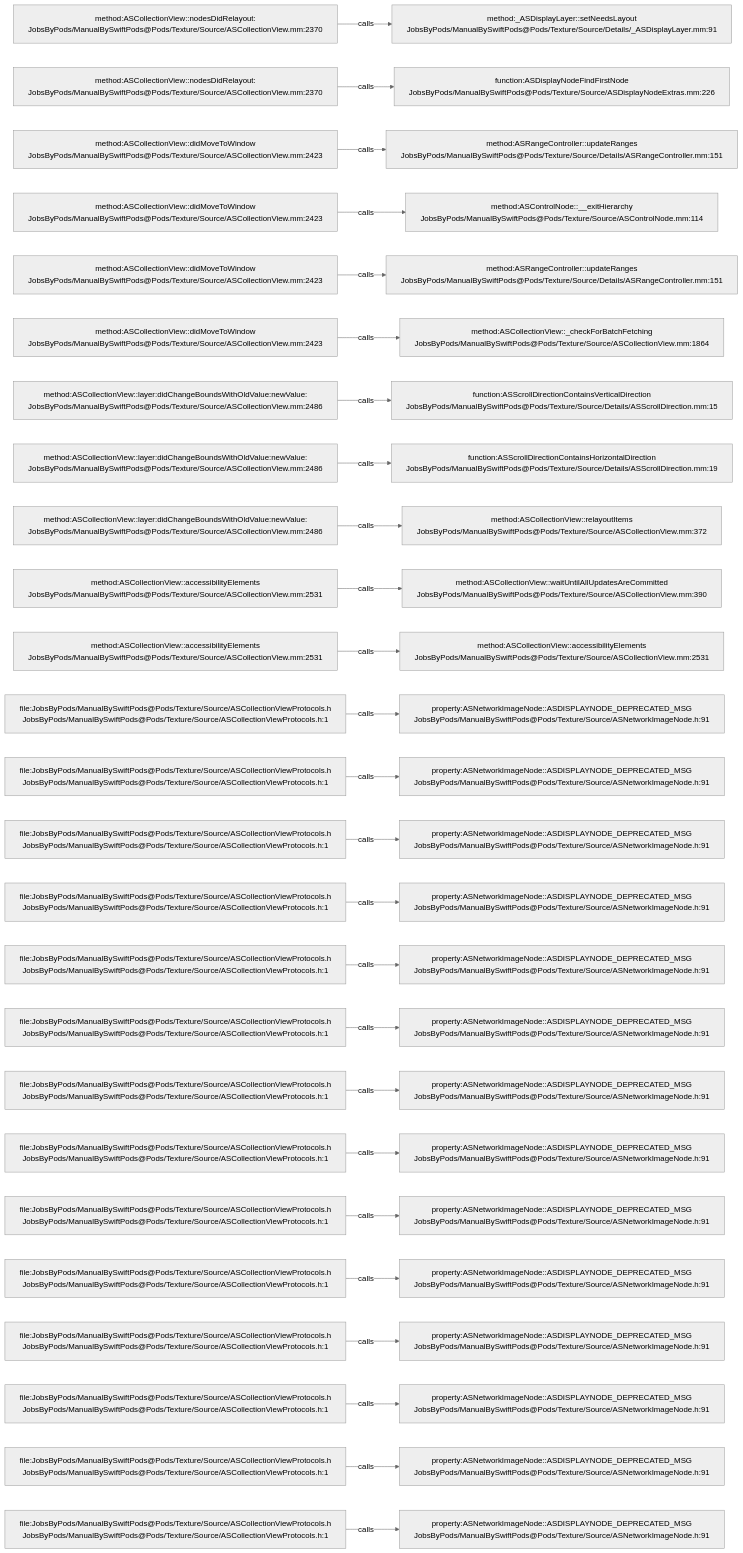
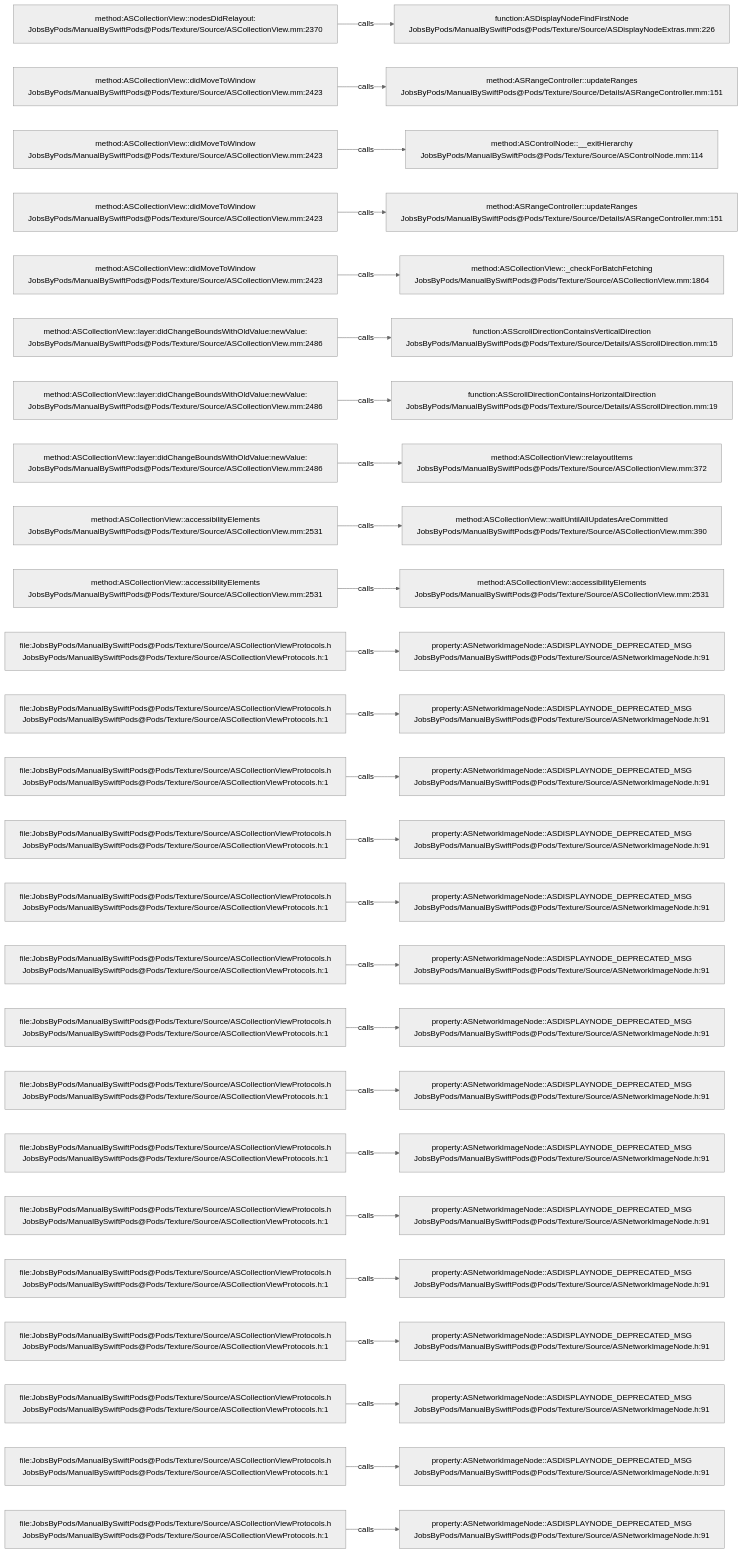
One commit to JobsKits/JobsSwiftBaseConfigDemo changed the diagram in .codegraph/codegraph.md/graphs/calls-015.md. Above: the diagram before and after it, drawn with Mermaid (neutral theme). The commit also changed 747 other files, not shown here.

````diff
--- a/.codegraph/codegraph.md/graphs/calls-015.md
+++ b/.codegraph/codegraph.md/graphs/calls-015.md
@@ -13,78 +13,78 @@
 ```mermaid
 flowchart LR
   S1["method:ASCollectionView::nodesDidRelayout:<br/>JobsByPods/ManualBySwiftPods@Pods/Texture/Source/ASCollectionView.mm:2370"]
-  T1["method:_ASDisplayLayer::setNeedsLayout<br/>JobsByPods/ManualBySwiftPods@Pods/Texture/Source/Details/_ASDisplayLayer.mm:91"]
+  T1["function:ASDisplayNodeFindFirstNode<br/>JobsByPods/ManualBySwiftPods@Pods/Texture/Source/ASDisplayNodeExtras.mm:226"]
   S1 -->|calls| T1
-  S2["method:ASCollectionView::nodesDidRelayout:<br/>JobsByPods/ManualBySwiftPods@Pods/Texture/Source/ASCollectionView.mm:2370"]
-  T2["function:ASDisplayNodeFindFirstNode<br/>JobsByPods/ManualBySwiftPods@Pods/Texture/Source/ASDisplayNodeExtras.mm:226"]
+  S2["method:ASCollectionView::didMoveToWindow<br/>JobsByPods/ManualBySwiftPods@Pods/Texture/Source/ASCollectionView.mm:2423"]
+  T2["method:ASRangeController::updateRanges<br/>JobsByPods/ManualBySwiftPods@Pods/Texture/Source/Details/ASRangeController.mm:151"]
   S2 -->|calls| T2
   S3["method:ASCollectionView::didMoveToWindow<br/>JobsByPods/ManualBySwiftPods@Pods/Texture/Source/ASCollectionView.mm:2423"]
-  T3["method:ASRangeController::updateRanges<br/>JobsByPods/ManualBySwiftPods@Pods/Texture/Source/Details/ASRangeController.mm:151"]
+  T3["method:ASControlNode::__exitHierarchy<br/>JobsByPods/ManualBySwiftPods@Pods/Texture/Source/ASControlNode.mm:114"]
   S3 -->|calls| T3
   S4["method:ASCollectionView::didMoveToWindow<br/>JobsByPods/ManualBySwiftPods@Pods/Texture/Source/ASCollectionView.mm:2423"]
-  T4["method:ASControlNode::__exitHierarchy<br/>JobsByPods/ManualBySwiftPods@Pods/Texture/Source/ASControlNode.mm:114"]
+  T4["method:ASRangeController::updateRanges<br/>JobsByPods/ManualBySwiftPods@Pods/Texture/Source/Details/ASRangeController.mm:151"]
   S4 -->|calls| T4
   S5["method:ASCollectionView::didMoveToWindow<br/>JobsByPods/ManualBySwiftPods@Pods/Texture/Source/ASCollectionView.mm:2423"]
-  T5["method:ASRangeController::updateRanges<br/>JobsByPods/ManualBySwiftPods@Pods/Texture/Source/Details/ASRangeController.mm:151"]
+  T5["method:ASCollectionView::_checkForBatchFetching<br/>JobsByPods/ManualBySwiftPods@Pods/Texture/Source/ASCollectionView.mm:1864"]
   S5 -->|calls| T5
-  S6["method:ASCollectionView::didMoveToWindow<br/>JobsByPods/ManualBySwiftPods@Pods/Texture/Source/ASCollectionView.mm:2423"]
-  T6["method:ASCollectionView::_checkForBatchFetching<br/>JobsByPods/ManualBySwiftPods@Pods/Texture/Source/ASCollectionView.mm:1864"]
+  S6["method:ASCollectionView::layer:didChangeBoundsWithOldValue:newValue:<br/>JobsByPods/ManualBySwiftPods@Pods/Texture/Source/ASCollectionView.mm:2486"]
+  T6["function:ASScrollDirectionContainsVerticalDirection<br/>JobsByPods/ManualBySwiftPods@Pods/Texture/Source/Details/ASScrollDirection.mm:15"]
   S6 -->|calls| T6
   S7["method:ASCollectionView::layer:didChangeBoundsWithOldValue:newValue:<br/>JobsByPods/ManualBySwiftPods@Pods/Texture/Source/ASCollectionView.mm:2486"]
-  T7["function:ASScrollDirectionContainsVerticalDirection<br/>JobsByPods/ManualBySwiftPods@Pods/Texture/Source/Details/ASScrollDirection.mm:15"]
+  T7["function:ASScrollDirectionContainsHorizontalDirection<br/>JobsByPods/ManualBySwiftPods@Pods/Texture/Source/Details/ASScrollDirection.mm:19"]
   S7 -->|calls| T7
   S8["method:ASCollectionView::layer:didChangeBoundsWithOldValue:newValue:<br/>JobsByPods/ManualBySwiftPods@Pods/Texture/Source/ASCollectionView.mm:2486"]
-  T8["function:ASScrollDirectionContainsHorizontalDirection<br/>JobsByPods/ManualBySwiftPods@Pods/Texture/Source/Details/ASScrollDirection.mm:19"]
+  T8["method:ASCollectionView::relayoutItems<br/>JobsByPods/ManualBySwiftPods@Pods/Texture/Source/ASCollectionView.mm:372"]
   S8 -->|calls| T8
-  S9["method:ASCollectionView::layer:didChangeBoundsWithOldValue:newValue:<br/>JobsByPods/ManualBySwiftPods@Pods/Texture/Source/ASCollectionView.mm:2486"]
-  T9["method:ASCollectionView::relayoutItems<br/>JobsByPods/ManualBySwiftPods@Pods/Texture/Source/ASCollectionView.mm:372"]
+  S9["method:ASCollectionView::accessibilityElements<br/>JobsByPods/ManualBySwiftPods@Pods/Texture/Source/ASCollectionView.mm:2531"]
+  T9["method:ASCollectionView::waitUntilAllUpdatesAreCommitted<br/>JobsByPods/ManualBySwiftPods@Pods/Texture/Source/ASCollectionView.mm:390"]
   S9 -->|calls| T9
   S10["method:ASCollectionView::accessibilityElements<br/>JobsByPods/ManualBySwiftPods@Pods/Texture/Source/ASCollectionView.mm:2531"]
-  T10["method:ASCollectionView::waitUntilAllUpdatesAreCommitted<br/>JobsByPods/ManualBySwiftPods@Pods/Texture/Source/ASCollectionView.mm:390"]
+  T10["method:ASCollectionView::accessibilityElements<br/>JobsByPods/ManualBySwiftPods@Pods/Texture/Source/ASCollectionView.mm:2531"]
   S10 -->|calls| T10
-  S11["method:ASCollectionView::accessibilityElements<br/>JobsByPods/ManualBySwiftPods@Pods/Texture/Source/ASCollectionView.mm:2531"]
-  T11["method:ASCollectionView::accessibilityElements<br/>JobsByPods/ManualBySwiftPods@Pods/Texture/Source/ASCollectionView.mm:2531"]
+  S11["file:JobsByPods/ManualBySwiftPods@Pods/Texture/Source/ASCollectionViewProtocols.h<br/>JobsByPods/ManualBySwiftPods@Pods/Texture/Source/ASCollectionViewProtocols.h:1"]
+  T11["property:ASNetworkImageNode::ASDISPLAYNODE_DEPRECATED_MSG<br/>JobsByPods/ManualBySwiftPods@Pods/Texture/Source/ASNetworkImageNode.h:91"]
   S11 -->|calls| T11
   S12["file:JobsByPods/ManualBySwiftPods@Pods/Texture/Source/ASCollectionViewProtocols.h<br/>JobsByPods/ManualBySwiftPods@Pods/Texture/Source/ASCollectionViewProtocols.h:1"]
   T12["property:ASNetworkImageNode::ASDISPLAYNODE_DEPRECATED_MSG<br/>JobsByPods/ManualBySwiftPods@Pods/Texture/Source/ASNetworkImageNode.h:91"]
   S12 -->|calls| T12
   S13["file:JobsByPods/ManualBySwiftPods@Pods/Texture/Source/ASCollectionViewProtocols.h<br/>JobsByPods/ManualBySwiftPods@Pods/Texture/Source/ASCollectionViewProtocols.h:1"]
   T13["property:ASNetworkImageNode::ASDISPLAYNODE_DEPRECATED_MSG<br/>JobsByPods/ManualBySwiftPods@Pods/Texture/Source/ASNetworkImageNode.h:91"]
   S13 -->|calls| T13
   S14["file:JobsByPods/ManualBySwiftPods@Pods/Texture/Source/ASCollectionViewProtocols.h<br/>JobsByPods/ManualBySwiftPods@Pods/Texture/Source/ASCollectionViewProtocols.h:1"]
   T14["property:ASNetworkImageNode::ASDISPLAYNODE_DEPRECATED_MSG<br/>JobsByPods/ManualBySwiftPods@Pods/Texture/Source/ASNetworkImageNode.h:91"]
   S14 -->|calls| T14
   S15["file:JobsByPods/ManualBySwiftPods@Pods/Texture/Source/ASCollectionViewProtocols.h<br/>JobsByPods/ManualBySwiftPods@Pods/Texture/Source/ASCollectionViewProtocols.h:1"]
   T15["property:ASNetworkImageNode::ASDISPLAYNODE_DEPRECATED_MSG<br/>JobsByPods/ManualBySwiftPods@Pods/Texture/Source/ASNetworkImageNode.h:91"]
   S15 -->|calls| T15
   S16["file:JobsByPods/ManualBySwiftPods@Pods/Texture/Source/ASCollectionViewProtocols.h<br/>JobsByPods/ManualBySwiftPods@Pods/Texture/Source/ASCollectionViewProtocols.h:1"]
   T16["property:ASNetworkImageNode::ASDISPLAYNODE_DEPRECATED_MSG<br/>JobsByPods/ManualBySwiftPods@Pods/Texture/Source/ASNetworkImageNode.h:91"]
   S16 -->|calls| T16
   S17["file:JobsByPods/ManualBySwiftPods@Pods/Texture/Source/ASCollectionViewProtocols.h<br/>JobsByPods/ManualBySwiftPods@Pods/Texture/Source/ASCollectionViewProtocols.h:1"]
   T17["property:ASNetworkImageNode::ASDISPLAYNODE_DEPRECATED_MSG<br/>JobsByPods/ManualBySwiftPods@Pods/Texture/Source/ASNetworkImageNode.h:91"]
   S17 -->|calls| T17
   S18["file:JobsByPods/ManualBySwiftPods@Pods/Texture/Source/ASCollectionViewProtocols.h<br/>JobsByPods/ManualBySwiftPods@Pods/Texture/Source/ASCollectionViewProtocols.h:1"]
   T18["property:ASNetworkImageNode::ASDISPLAYNODE_DEPRECATED_MSG<br/>JobsByPods/ManualBySwiftPods@Pods/Texture/Source/ASNetworkImageNode.h:91"]
   S18 -->|calls| T18
   S19["file:JobsByPods/ManualBySwiftPods@Pods/Texture/Source/ASCollectionViewProtocols.h<br/>JobsByPods/ManualBySwiftPods@Pods/Texture/Source/ASCollectionViewProtocols.h:1"]
   T19["property:ASNetworkImageNode::ASDISPLAYNODE_DEPRECATED_MSG<br/>JobsByPods/ManualBySwiftPods@Pods/Texture/Source/ASNetworkImageNode.h:91"]
   S19 -->|calls| T19
   S20["file:JobsByPods/ManualBySwiftPods@Pods/Texture/Source/ASCollectionViewProtocols.h<br/>JobsByPods/ManualBySwiftPods@Pods/Texture/Source/ASCollectionViewProtocols.h:1"]
   T20["property:ASNetworkImageNode::ASDISPLAYNODE_DEPRECATED_MSG<br/>JobsByPods/ManualBySwiftPods@Pods/Texture/Source/ASNetworkImageNode.h:91"]
   S20 -->|calls| T20
   S21["file:JobsByPods/ManualBySwiftPods@Pods/Texture/Source/ASCollectionViewProtocols.h<br/>JobsByPods/ManualBySwiftPods@Pods/Texture/Source/ASCollectionViewProtocols.h:1"]
   T21["property:ASNetworkImageNode::ASDISPLAYNODE_DEPRECATED_MSG<br/>JobsByPods/ManualBySwiftPods@Pods/Texture/Source/ASNetworkImageNode.h:91"]
   S21 -->|calls| T21
   S22["file:JobsByPods/ManualBySwiftPods@Pods/Texture/Source/ASCollectionViewProtocols.h<br/>JobsByPods/ManualBySwiftPods@Pods/Texture/Source/ASCollectionViewProtocols.h:1"]
   T22["property:ASNetworkImageNode::ASDISPLAYNODE_DEPRECATED_MSG<br/>JobsByPods/ManualBySwiftPods@Pods/Texture/Source/ASNetworkImageNode.h:91"]
   S22 -->|calls| T22
   S23["file:JobsByPods/ManualBySwiftPods@Pods/Texture/Source/ASCollectionViewProtocols.h<br/>JobsByPods/ManualBySwiftPods@Pods/Texture/Source/ASCollectionViewProtocols.h:1"]
   T23["property:ASNetworkImageNode::ASDISPLAYNODE_DEPRECATED_MSG<br/>JobsByPods/ManualBySwiftPods@Pods/Texture/Source/ASNetworkImageNode.h:91"]
   S23 -->|calls| T23
   S24["file:JobsByPods/ManualBySwiftPods@Pods/Texture/Source/ASCollectionViewProtocols.h<br/>JobsByPods/ManualBySwiftPods@Pods/Texture/Source/ASCollectionViewProtocols.h:1"]
   T24["property:ASNetworkImageNode::ASDISPLAYNODE_DEPRECATED_MSG<br/>JobsByPods/ManualBySwiftPods@Pods/Texture/Source/ASNetworkImageNode.h:91"]
   S24 -->|calls| T24
   S25["file:JobsByPods/ManualBySwiftPods@Pods/Texture/Source/ASCollectionViewProtocols.h<br/>JobsByPods/ManualBySwiftPods@Pods/Texture/Source/ASCollectionViewProtocols.h:1"]
   T25["property:ASNetworkImageNode::ASDISPLAYNODE_DEPRECATED_MSG<br/>JobsByPods/ManualBySwiftPods@Pods/Texture/Source/ASNetworkImageNode.h:91"]
   S25 -->|calls| T25
 ```
````
